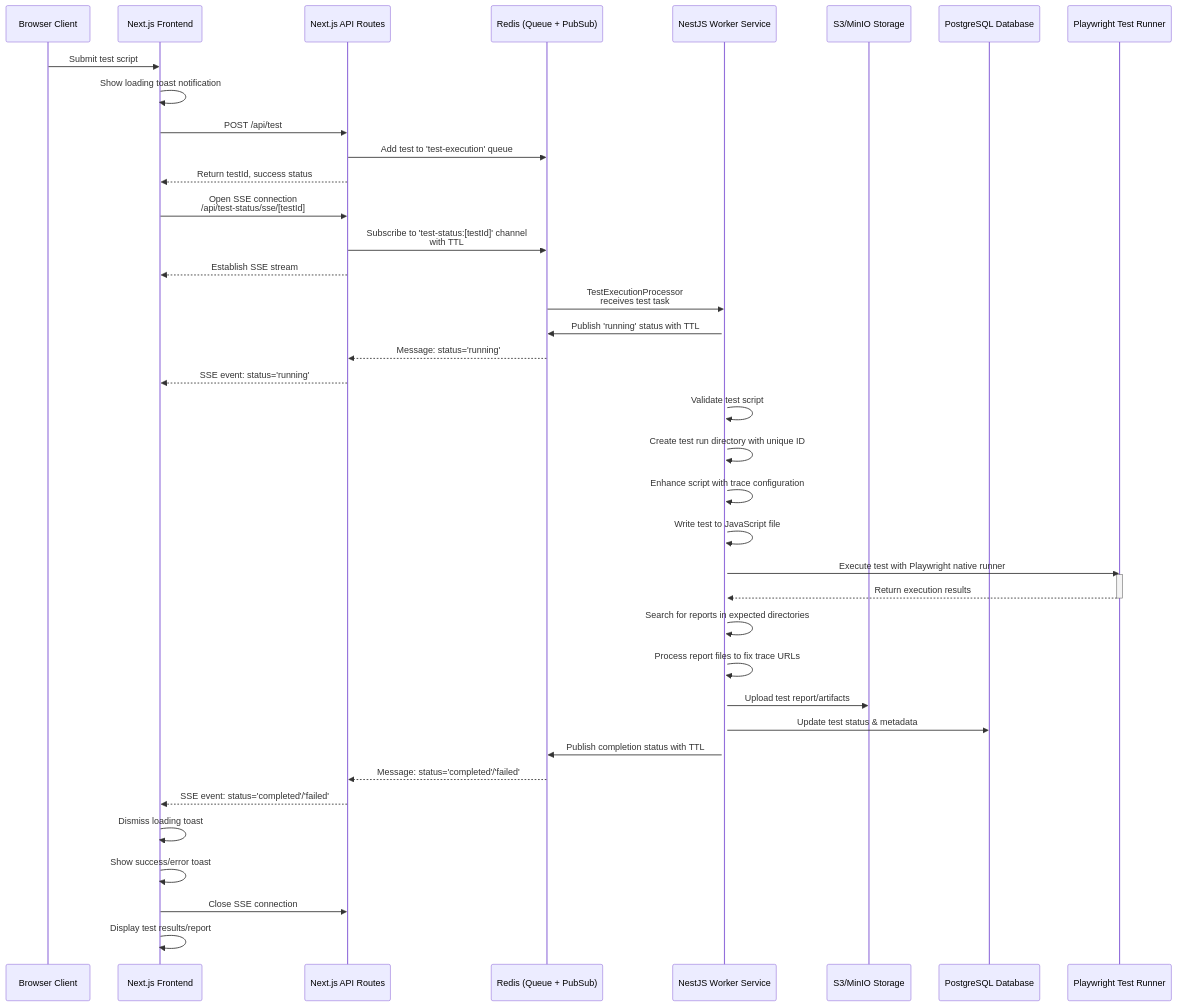
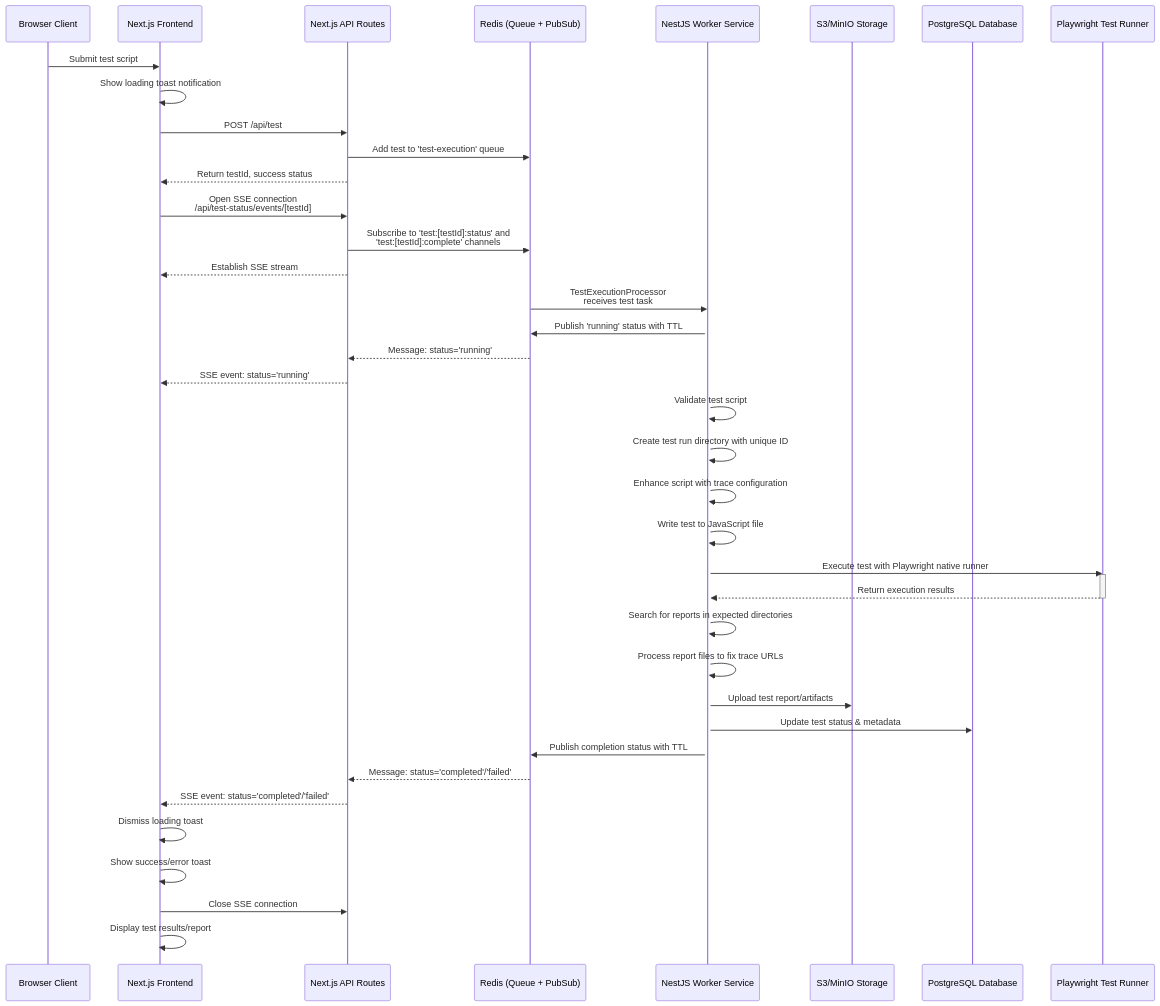
Before and after one commit to supercheck-io/supercheck-core: the second of 2 diagrams in specs/TEST_EXECUTION_AND_JOB_QUEUE_FLOW.md, drawn with Mermaid. The commit also changed 3 other files, not shown here.

Commit message:
Refactor SSE implementation for real-time status updates by transitioning from database polling to Redis pub/sub events. Update API routes to reflect new event structure and enhance documentation to clarify channel usage. Improve connection management and fallback mechanisms for reliability.

````diff
--- a/specs/TEST_EXECUTION_AND_JOB_QUEUE_FLOW.md
+++ b/specs/TEST_EXECUTION_AND_JOB_QUEUE_FLOW.md
@@ -73,51 +73,51 @@
 ```mermaid
 sequenceDiagram
     participant Client as Browser Client
     participant NextFE as Next.js Frontend
     participant NextAPI as Next.js API Routes
     participant Redis as Redis (Queue + PubSub)
     participant NestJS as NestJS Worker Service
     participant S3 as S3/MinIO Storage
     participant DB as PostgreSQL Database
     participant PW as Playwright Test Runner
 
     %% Individual Test Execution Flow (e.g., Playground)
     Client->>NextFE: Submit test script
     NextFE->>NextFE: Show loading toast notification
     NextFE->>NextAPI: POST /api/test
     NextAPI->>Redis: Add test to 'test-execution' queue
     NextAPI-->>NextFE: Return testId, success status
-    NextFE->>NextAPI: Open SSE connection<br>/api/test-status/sse/[testId]
-    NextAPI->>Redis: Subscribe to 'test-status:[testId]' channel<br>with TTL
+    NextFE->>NextAPI: Open SSE connection<br>/api/test-status/events/[testId]
+    NextAPI->>Redis: Subscribe to 'test:[testId]:status' and<br>'test:[testId]:complete' channels
     NextAPI-->>NextFE: Establish SSE stream
 
     %% Worker picks up test from queue
     Redis->>NestJS: TestExecutionProcessor<br>receives test task
     activate NestJS
     NestJS->>Redis: Publish 'running' status with TTL
     Redis-->>NextAPI: Message: status='running'
     NextAPI-->>NextFE: SSE event: status='running'
     
     %% Test execution process
     NestJS->>NestJS: Validate test script
     NestJS->>NestJS: Create test run directory with unique ID
     NestJS->>NestJS: Enhance script with trace configuration
     NestJS->>NestJS: Write test to JavaScript file
     NestJS->>PW: Execute test with Playwright native runner
     activate PW
     PW-->>NestJS: Return execution results
     deactivate PW
     
     %% Handling test results
     NestJS->>NestJS: Search for reports in expected directories
     NestJS->>NestJS: Process report files to fix trace URLs
     NestJS->>S3: Upload test report/artifacts
     NestJS->>DB: Update test status & metadata
     NestJS->>Redis: Publish completion status with TTL
     Redis-->>NextAPI: Message: status='completed'/'failed'
     NextAPI-->>NextFE: SSE event: status='completed'/'failed'
     NextFE->>NextFE: Dismiss loading toast
     NextFE->>NextFE: Show success/error toast
     NextFE->>NextAPI: Close SSE connection
     NextFE->>NextFE: Display test results/report
 ```
````
